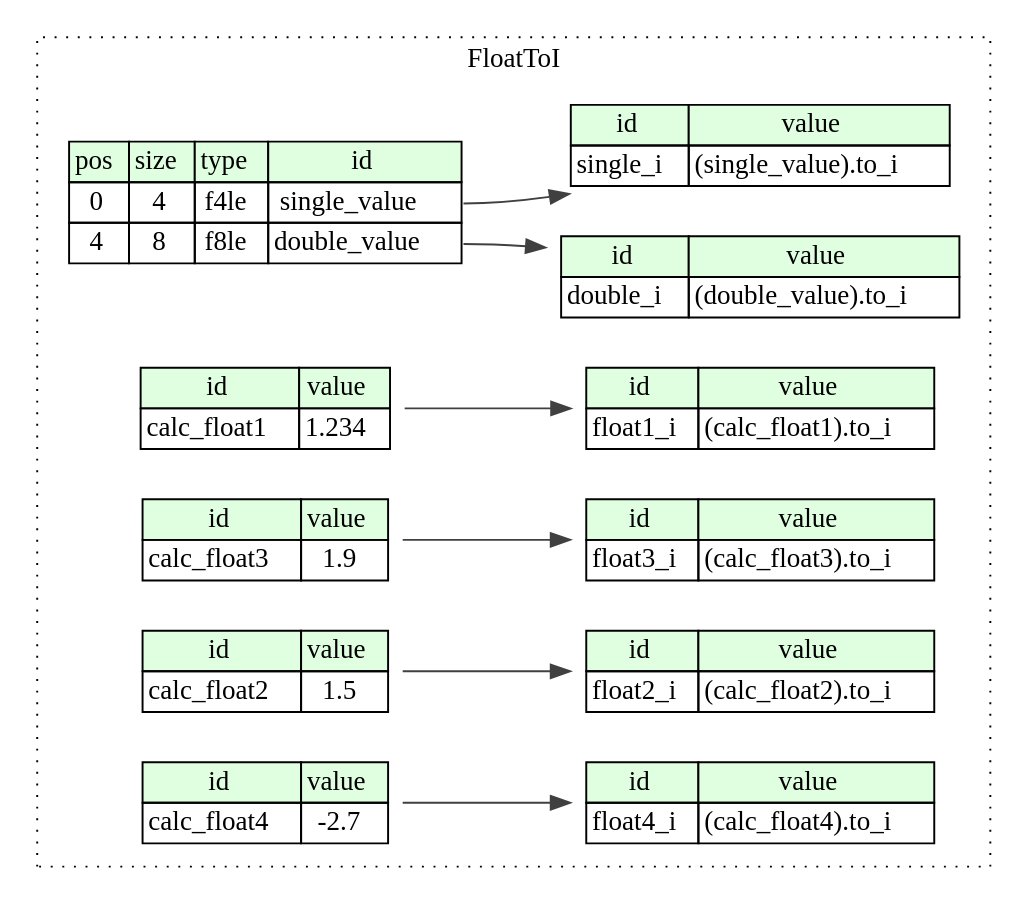
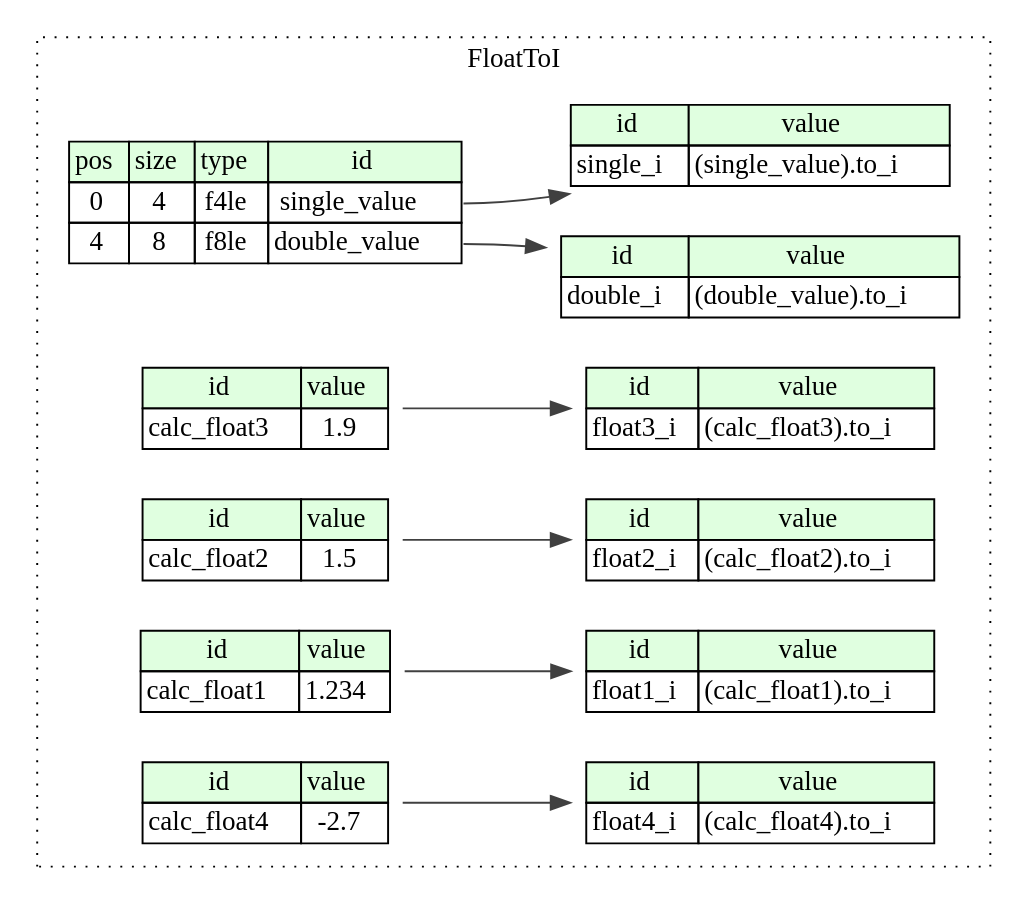
The diagram in compiled/graphviz/float_to_i.dot (kaitai-io/ci_targets), drawn with Graphviz before and after one commit. The commit also changed other lines of this file and 388 other files, not shown here.

```diff
--- a/compiled/graphviz/float_to_i.dot
+++ b/compiled/graphviz/float_to_i.dot
@@ -1,60 +1,60 @@
 digraph {
 	rankdir=LR;
 	node [shape=plaintext];
 	subgraph cluster__float_to_i {
 		label="FloatToI";
 		graph[style=dotted];
 
 		float_to_i__seq [label=<<TABLE BORDER="0" CELLBORDER="1" CELLSPACING="0">
 			<TR><TD BGCOLOR="#E0FFE0">pos</TD><TD BGCOLOR="#E0FFE0">size</TD><TD BGCOLOR="#E0FFE0">type</TD><TD BGCOLOR="#E0FFE0">id</TD></TR>
 			<TR><TD PORT="single_value_pos">0</TD><TD PORT="single_value_size">4</TD><TD>f4le</TD><TD PORT="single_value_type">single_value</TD></TR>
 			<TR><TD PORT="double_value_pos">4</TD><TD PORT="double_value_size">8</TD><TD>f8le</TD><TD PORT="double_value_type">double_value</TD></TR>
 		</TABLE>>];
-		float_to_i__inst__float2_i [label=<<TABLE BORDER="0" CELLBORDER="1" CELLSPACING="0">
+		float_to_i__inst__calc_float3 [label=<<TABLE BORDER="0" CELLBORDER="1" CELLSPACING="0">
 			<TR><TD BGCOLOR="#E0FFE0">id</TD><TD BGCOLOR="#E0FFE0">value</TD></TR>
-			<TR><TD>float2_i</TD><TD>(calc_float2).to_i</TD></TR>
+			<TR><TD>calc_float3</TD><TD>1.9</TD></TR>
+		</TABLE>>];
+		float_to_i__inst__float4_i [label=<<TABLE BORDER="0" CELLBORDER="1" CELLSPACING="0">
+			<TR><TD BGCOLOR="#E0FFE0">id</TD><TD BGCOLOR="#E0FFE0">value</TD></TR>
+			<TR><TD>float4_i</TD><TD>(calc_float4).to_i</TD></TR>
+		</TABLE>>];
+		float_to_i__inst__float3_i [label=<<TABLE BORDER="0" CELLBORDER="1" CELLSPACING="0">
+			<TR><TD BGCOLOR="#E0FFE0">id</TD><TD BGCOLOR="#E0FFE0">value</TD></TR>
+			<TR><TD>float3_i</TD><TD>(calc_float3).to_i</TD></TR>
+		</TABLE>>];
+		float_to_i__inst__calc_float2 [label=<<TABLE BORDER="0" CELLBORDER="1" CELLSPACING="0">
+			<TR><TD BGCOLOR="#E0FFE0">id</TD><TD BGCOLOR="#E0FFE0">value</TD></TR>
+			<TR><TD>calc_float2</TD><TD>1.5</TD></TR>
 		</TABLE>>];
 		float_to_i__inst__calc_float1 [label=<<TABLE BORDER="0" CELLBORDER="1" CELLSPACING="0">
 			<TR><TD BGCOLOR="#E0FFE0">id</TD><TD BGCOLOR="#E0FFE0">value</TD></TR>
 			<TR><TD>calc_float1</TD><TD>1.234</TD></TR>
 		</TABLE>>];
-		float_to_i__inst__float4_i [label=<<TABLE BORDER="0" CELLBORDER="1" CELLSPACING="0">
+		float_to_i__inst__double_i [label=<<TABLE BORDER="0" CELLBORDER="1" CELLSPACING="0">
 			<TR><TD BGCOLOR="#E0FFE0">id</TD><TD BGCOLOR="#E0FFE0">value</TD></TR>
-			<TR><TD>float4_i</TD><TD>(calc_float4).to_i</TD></TR>
-		</TABLE>>];
-		float_to_i__inst__calc_float3 [label=<<TABLE BORDER="0" CELLBORDER="1" CELLSPACING="0">
-			<TR><TD BGCOLOR="#E0FFE0">id</TD><TD BGCOLOR="#E0FFE0">value</TD></TR>
-			<TR><TD>calc_float3</TD><TD>1.9</TD></TR>
-		</TABLE>>];
-		float_to_i__inst__calc_float2 [label=<<TABLE BORDER="0" CELLBORDER="1" CELLSPACING="0">
-			<TR><TD BGCOLOR="#E0FFE0">id</TD><TD BGCOLOR="#E0FFE0">value</TD></TR>
-			<TR><TD>calc_float2</TD><TD>1.5</TD></TR>
+			<TR><TD>double_i</TD><TD>(double_value).to_i</TD></TR>
 		</TABLE>>];
 		float_to_i__inst__float1_i [label=<<TABLE BORDER="0" CELLBORDER="1" CELLSPACING="0">
 			<TR><TD BGCOLOR="#E0FFE0">id</TD><TD BGCOLOR="#E0FFE0">value</TD></TR>
 			<TR><TD>float1_i</TD><TD>(calc_float1).to_i</TD></TR>
 		</TABLE>>];
-		float_to_i__inst__double_i [label=<<TABLE BORDER="0" CELLBORDER="1" CELLSPACING="0">
+		float_to_i__inst__float2_i [label=<<TABLE BORDER="0" CELLBORDER="1" CELLSPACING="0">
 			<TR><TD BGCOLOR="#E0FFE0">id</TD><TD BGCOLOR="#E0FFE0">value</TD></TR>
-			<TR><TD>double_i</TD><TD>(double_value).to_i</TD></TR>
+			<TR><TD>float2_i</TD><TD>(calc_float2).to_i</TD></TR>
 		</TABLE>>];
-		float_to_i__inst__float3_i [label=<<TABLE BORDER="0" CELLBORDER="1" CELLSPACING="0">
+		float_to_i__inst__calc_float4 [label=<<TABLE BORDER="0" CELLBORDER="1" CELLSPACING="0">
 			<TR><TD BGCOLOR="#E0FFE0">id</TD><TD BGCOLOR="#E0FFE0">value</TD></TR>
-			<TR><TD>float3_i</TD><TD>(calc_float3).to_i</TD></TR>
+			<TR><TD>calc_float4</TD><TD>-2.7</TD></TR>
 		</TABLE>>];
 		float_to_i__inst__single_i [label=<<TABLE BORDER="0" CELLBORDER="1" CELLSPACING="0">
 			<TR><TD BGCOLOR="#E0FFE0">id</TD><TD BGCOLOR="#E0FFE0">value</TD></TR>
 			<TR><TD>single_i</TD><TD>(single_value).to_i</TD></TR>
 		</TABLE>>];
-		float_to_i__inst__calc_float4 [label=<<TABLE BORDER="0" CELLBORDER="1" CELLSPACING="0">
-			<TR><TD BGCOLOR="#E0FFE0">id</TD><TD BGCOLOR="#E0FFE0">value</TD></TR>
-			<TR><TD>calc_float4</TD><TD>-2.7</TD></TR>
-		</TABLE>>];
 	}
+	float_to_i__inst__calc_float4:calc_float4_type -> float_to_i__inst__float4_i [color="#404040"];
+	float_to_i__inst__calc_float3:calc_float3_type -> float_to_i__inst__float3_i [color="#404040"];
+	float_to_i__seq:double_value_type -> float_to_i__inst__double_i [color="#404040"];
+	float_to_i__inst__calc_float1:calc_float1_type -> float_to_i__inst__float1_i [color="#404040"];
 	float_to_i__inst__calc_float2:calc_float2_type -> float_to_i__inst__float2_i [color="#404040"];
-	float_to_i__inst__calc_float4:calc_float4_type -> float_to_i__inst__float4_i [color="#404040"];
-	float_to_i__inst__calc_float1:calc_float1_type -> float_to_i__inst__float1_i [color="#404040"];
-	float_to_i__seq:double_value_type -> float_to_i__inst__double_i [color="#404040"];
-	float_to_i__inst__calc_float3:calc_float3_type -> float_to_i__inst__float3_i [color="#404040"];
 	float_to_i__seq:single_value_type -> float_to_i__inst__single_i [color="#404040"];
 }
```
